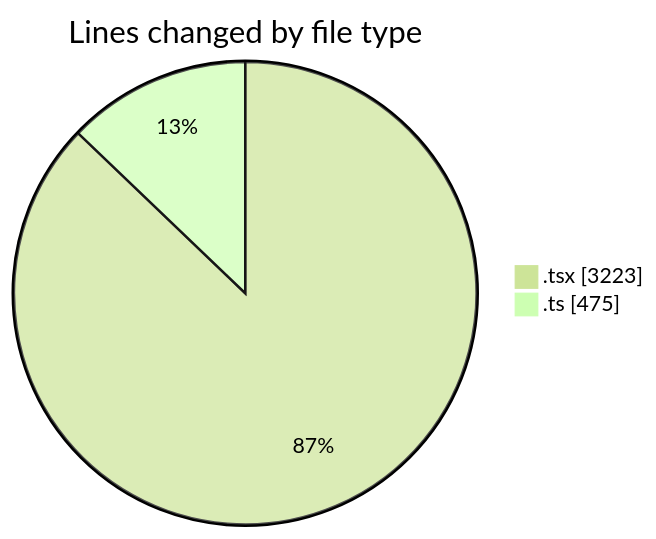
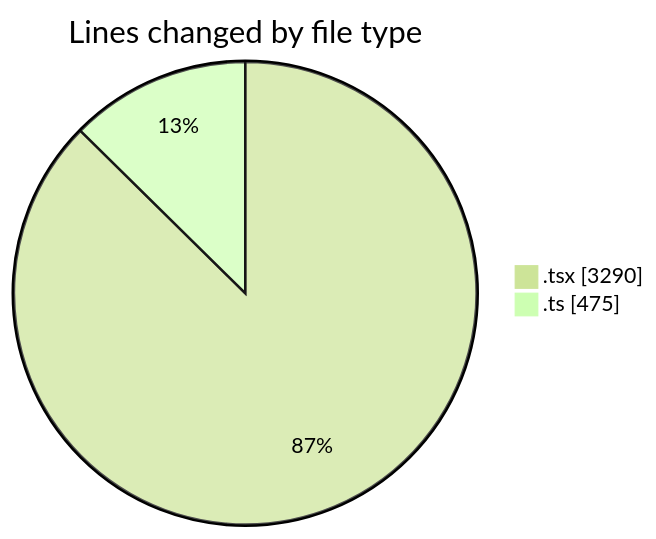
One commit to nxtqubesakshisongat/code-tracking changed the first of 2 diagrams in 2026-03-10/nxtqube_webapp/README.md. Above: the diagram before and after it, drawn with Mermaid (forest theme). The commit also changed other lines of this file and 1 other file, not shown here.

````diff
--- a/2026-03-10/nxtqube_webapp/README.md
+++ b/2026-03-10/nxtqube_webapp/README.md
@@ -25,6 +25,6 @@
 ```mermaid
 pie showData
 title Lines changed by file type
-".tsx" : 3223
+".tsx" : 3290
 ".ts" : 475
 ```
````
